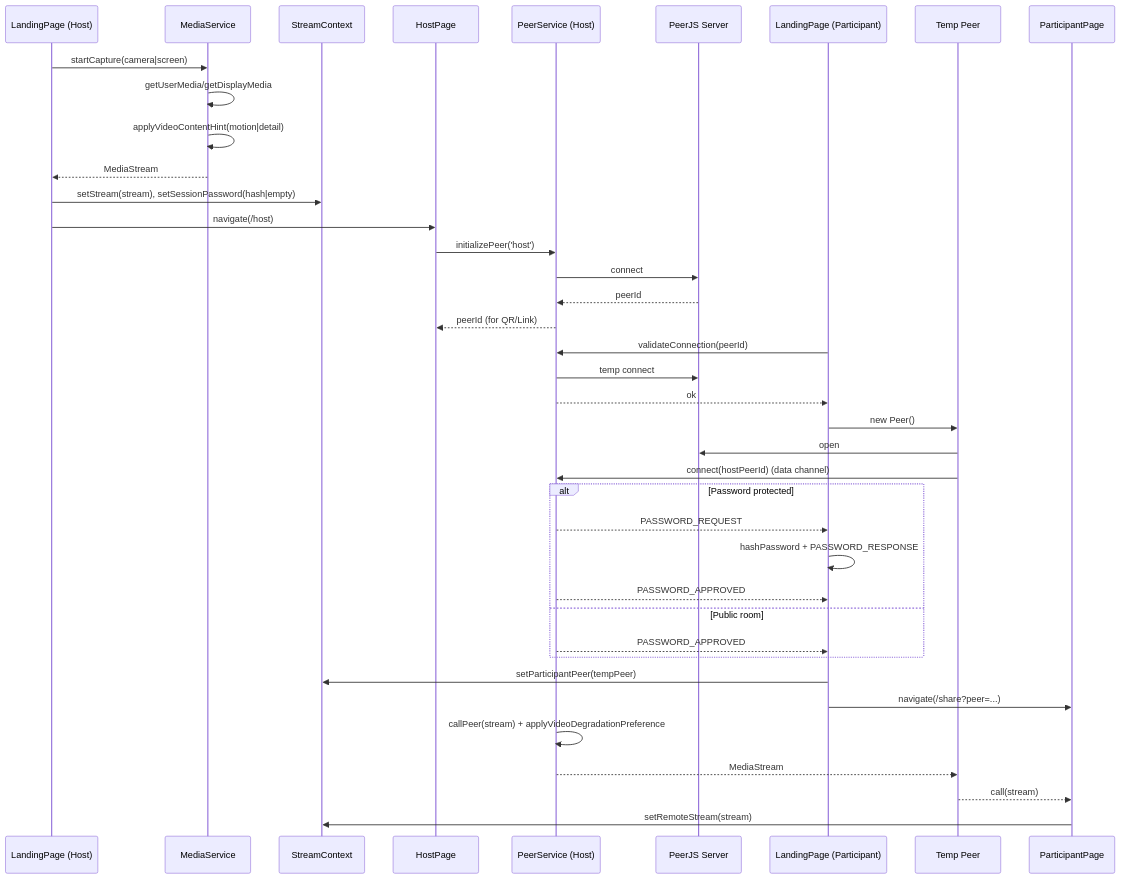
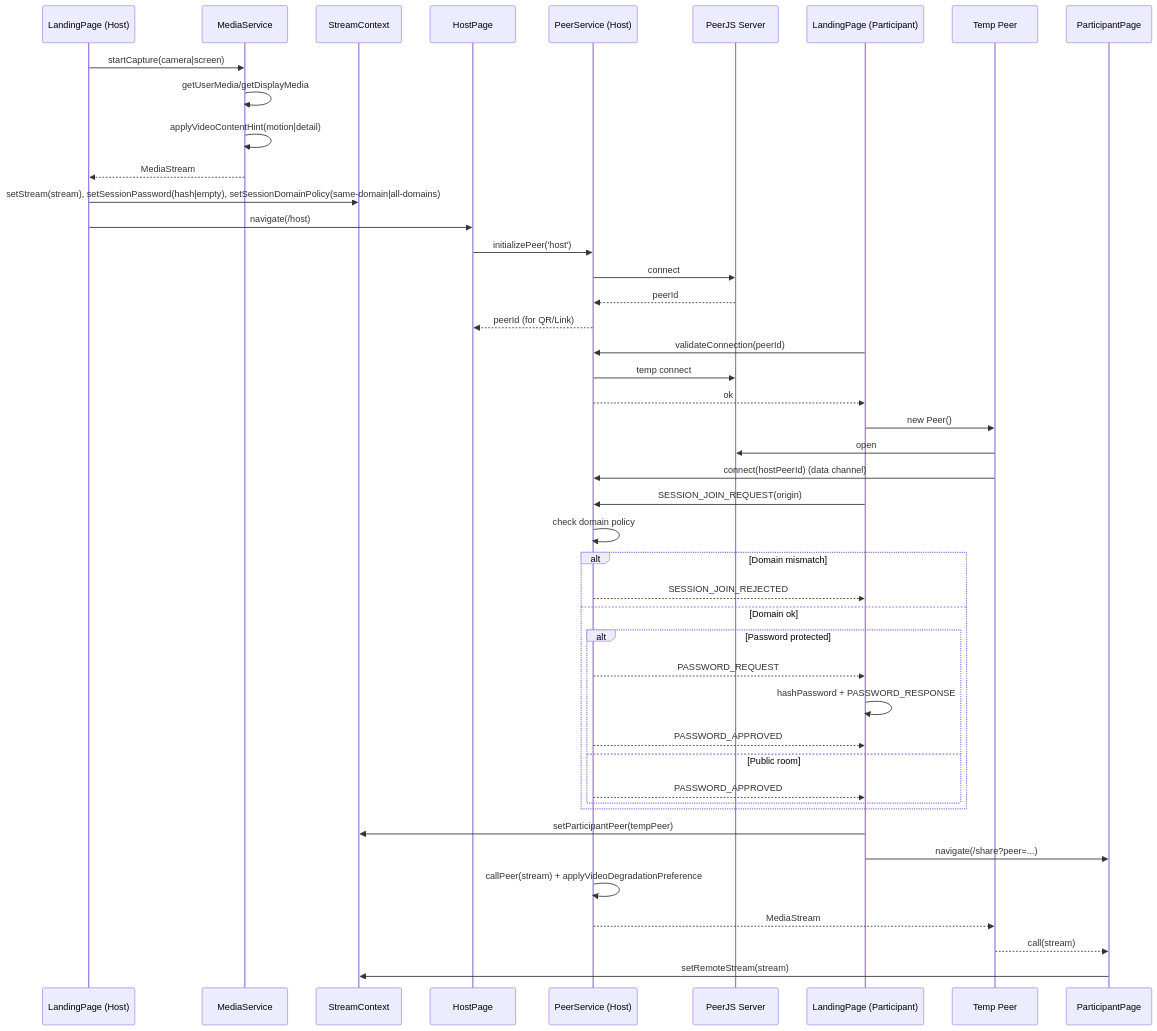
Before and after one commit to BackGwa/Perspective: the first of 9 diagrams in ARCHITECTURE.md, drawn with Mermaid. The commit also changed other lines of this file and 10 other files, not shown here.

Commit message:
Add option to set domain policy in session settings

````diff
--- a/ARCHITECTURE.md
+++ b/ARCHITECTURE.md
@@ -8,47 +8,53 @@
 ```mermaid
 sequenceDiagram
     participant HostLP as LandingPage (Host)
     participant MS as MediaService
     participant SC as StreamContext
     participant HostPage as HostPage
     participant PS as PeerService (Host)
     participant Server as PeerJS Server
     participant PartLP as LandingPage (Participant)
     participant PPeer as Temp Peer
     participant PartPage as ParticipantPage
 
     HostLP->>MS: startCapture(camera|screen)
     MS->>MS: getUserMedia/getDisplayMedia
     MS->>MS: applyVideoContentHint(motion|detail)
     MS-->>HostLP: MediaStream
-    HostLP->>SC: setStream(stream), setSessionPassword(hash|empty)
+    HostLP->>SC: setStream(stream), setSessionPassword(hash|empty), setSessionDomainPolicy(same-domain|all-domains)
     HostLP->>HostPage: navigate(/host)
 
     HostPage->>PS: initializePeer('host')
     PS->>Server: connect
     Server-->>PS: peerId
     PS-->>HostPage: peerId (for QR/Link)
 
     PartLP->>PS: validateConnection(peerId)
     PS->>Server: temp connect
     PS-->>PartLP: ok
 
     PartLP->>PPeer: new Peer()
     PPeer->>Server: open
     PPeer->>PS: connect(hostPeerId) (data channel)
+    PartLP->>PS: SESSION_JOIN_REQUEST(origin)
+    PS->>PS: check domain policy
 
-    alt Password protected
-        PS-->>PartLP: PASSWORD_REQUEST
-        PartLP->>PartLP: hashPassword + PASSWORD_RESPONSE
-        PS-->>PartLP: PASSWORD_APPROVED
-    else Public room
-        PS-->>PartLP: PASSWORD_APPROVED
+    alt Domain mismatch
+        PS-->>PartLP: SESSION_JOIN_REJECTED
+    else Domain ok
+        alt Password protected
+            PS-->>PartLP: PASSWORD_REQUEST
+            PartLP->>PartLP: hashPassword + PASSWORD_RESPONSE
+            PS-->>PartLP: PASSWORD_APPROVED
+        else Public room
+            PS-->>PartLP: PASSWORD_APPROVED
+        end
     end
 
     PartLP->>SC: setParticipantPeer(tempPeer)
     PartLP->>PartPage: navigate(/share?peer=...)
     PS->>PS: callPeer(stream) + applyVideoDegradationPreference
     PS-->>PPeer: MediaStream
     PPeer-->>PartPage: call(stream)
     PartPage->>SC: setRemoteStream(stream)
 ```
````
